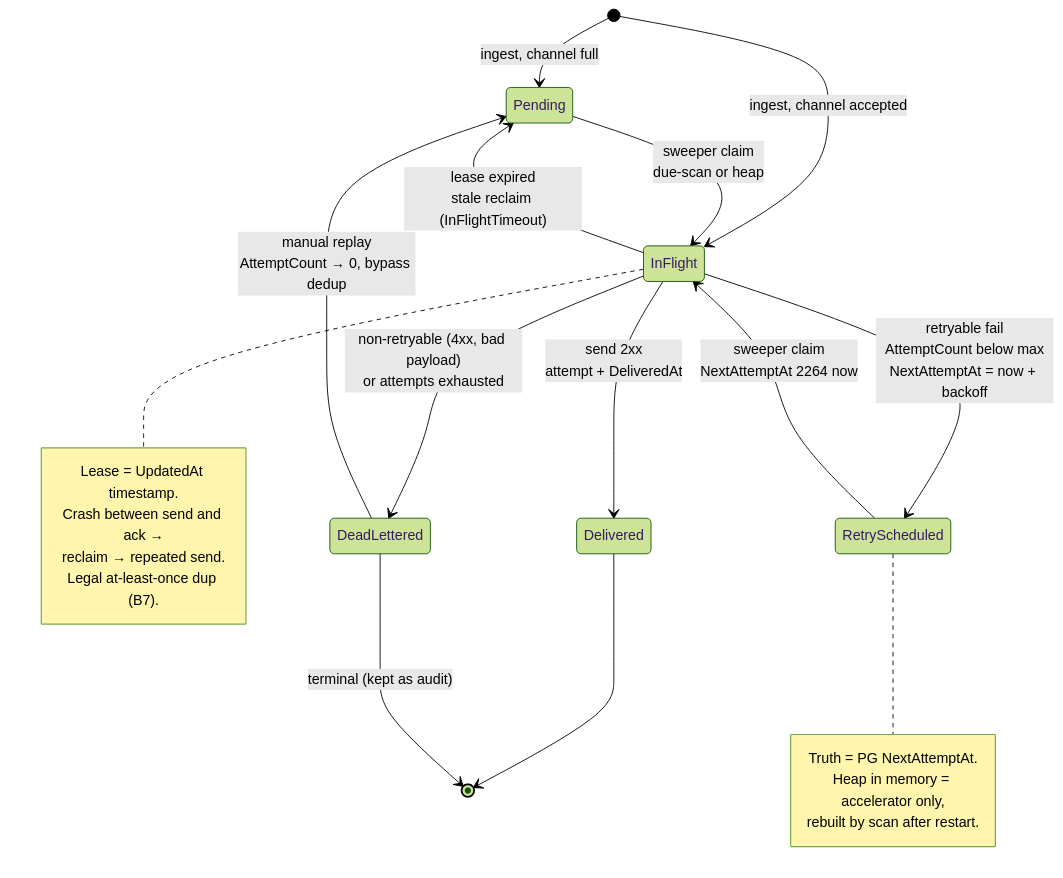
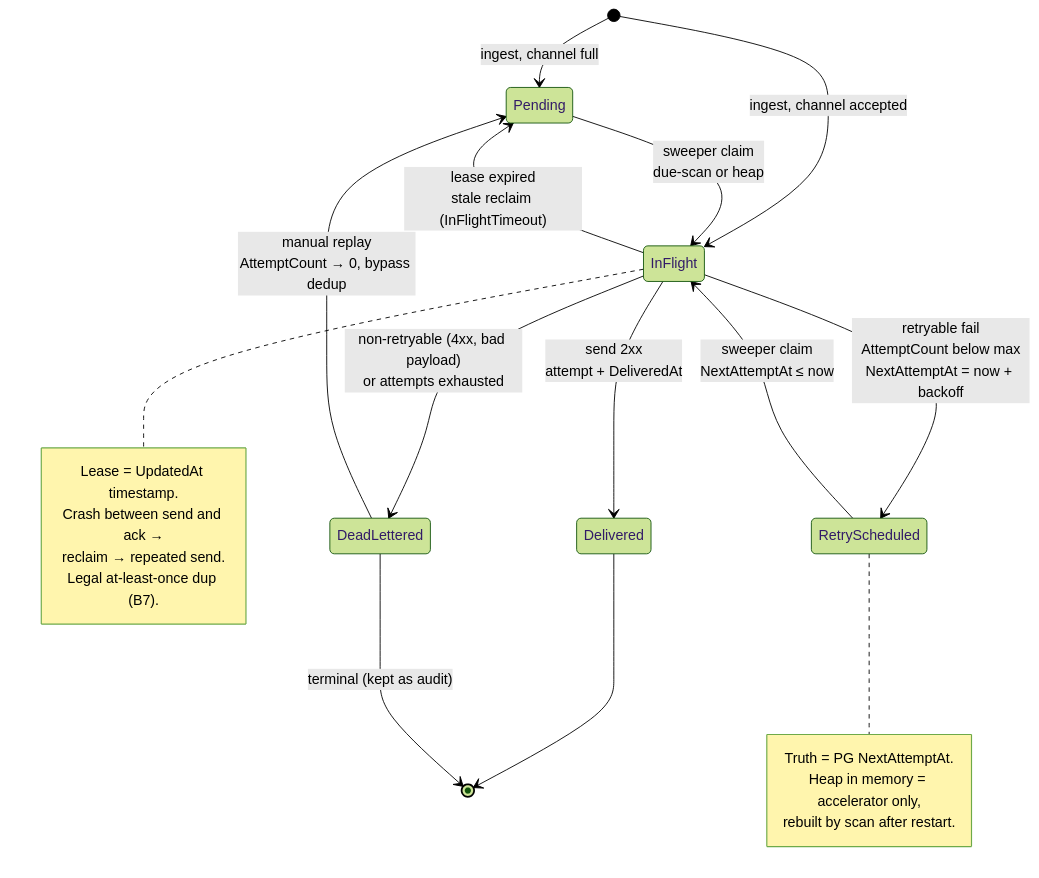
The fifth of 6 diagrams in docs/diagrams/system.md (ezpectus/webhook-engine), drawn with Mermaid (forest theme) before and after one commit. The commit also changed other lines of this file and 28 other files, not shown here.

Commit message:
repo hygiene: RU mirrors + workflow docs → .devin/ (gitignored), failure-boundary map extracted to docs/, diagrams/system.md translated EN, README/authorship section

````diff
--- a/docs/diagrams/system.md
+++ b/docs/diagrams/system.md
@@ -157,29 +158,29 @@
 ```mermaid
 stateDiagram-v2
     [*] --> Pending : ingest, channel full
     [*] --> InFlight : ingest, channel accepted
 
     Pending --> InFlight : sweeper claim<br/>due-scan or heap
     InFlight --> Delivered : send 2xx<br/>attempt + DeliveredAt
     InFlight --> RetryScheduled : retryable fail<br/>AttemptCount below max<br/>NextAttemptAt = now + backoff
     InFlight --> DeadLettered : non-retryable (4xx, bad payload)<br/>or attempts exhausted
-    RetryScheduled --> InFlight : sweeper claim<br/>NextAttemptAt 2264 now
+    RetryScheduled --> InFlight : sweeper claim<br/>NextAttemptAt ≤ now
     InFlight --> Pending : lease expired<br/>stale reclaim (InFlightTimeout)
     DeadLettered --> Pending : manual replay<br/>AttemptCount → 0, bypass dedup
 
     Delivered --> [*]
     DeadLettered --> [*] : terminal (kept as audit)
 
     note right of InFlight
         Lease = UpdatedAt timestamp.
         Crash between send and ack →
         reclaim → repeated send.
         Legal at-least-once dup (В7).
     end note
 
     note right of RetryScheduled
         Truth = PG NextAttemptAt.
         Heap in memory = accelerator only,
         rebuilt by scan after restart.
     end note
 ```
````
